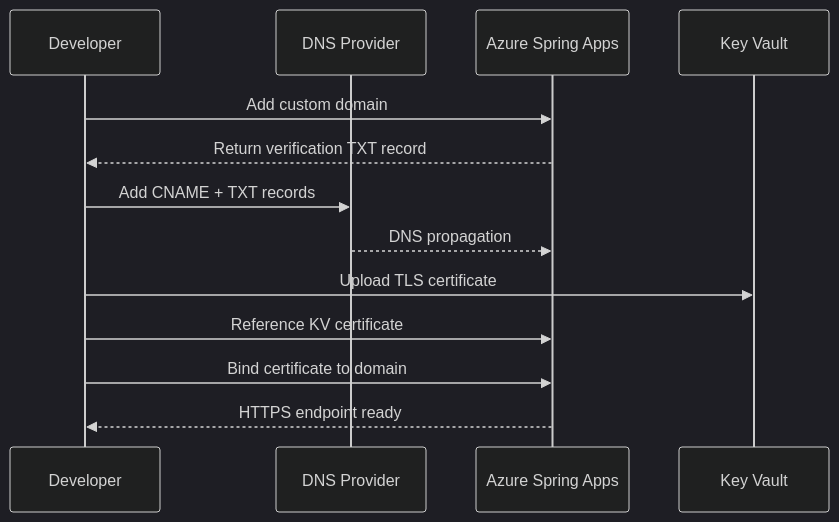
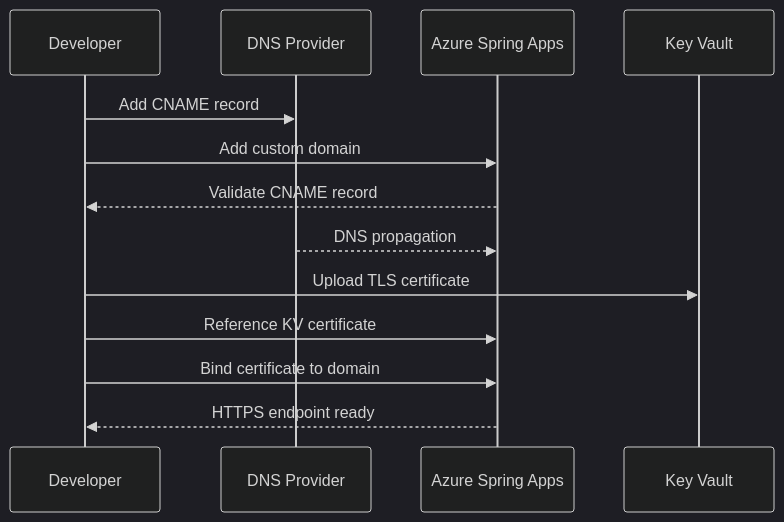
Before and after one commit to OneUptime/blog: the diagram in posts/2026-02-16-how-to-configure-custom-domains-and-tls-certificates-on-azure-spring-apps/README.md, drawn with Mermaid (dark theme). The commit also changed other lines of this file and 2 other files, not shown here.

Commit message:
validate: 2026-02-16-how-to-configure-custom-domains-and-tls-certificates-on-azure-spring-apps

````diff
--- a/posts/2026-02-16-how-to-configure-custom-domains-and-tls-certificates-on-azure-spring-apps/README.md
+++ b/posts/2026-02-16-how-to-configure-custom-domains-and-tls-certificates-on-azure-spring-apps/README.md
@@ -245,16 +233,16 @@
 ```mermaid
 sequenceDiagram
     participant Dev as Developer
     participant DNS as DNS Provider
     participant ASA as Azure Spring Apps
     participant KV as Key Vault
 
+    Dev->>DNS: Add CNAME record
     Dev->>ASA: Add custom domain
-    ASA-->>Dev: Return verification TXT record
-    Dev->>DNS: Add CNAME + TXT records
+    ASA-->>Dev: Validate CNAME record
     DNS-->>ASA: DNS propagation
     Dev->>KV: Upload TLS certificate
     Dev->>ASA: Reference KV certificate
     Dev->>ASA: Bind certificate to domain
     ASA-->>Dev: HTTPS endpoint ready
 ```
````
